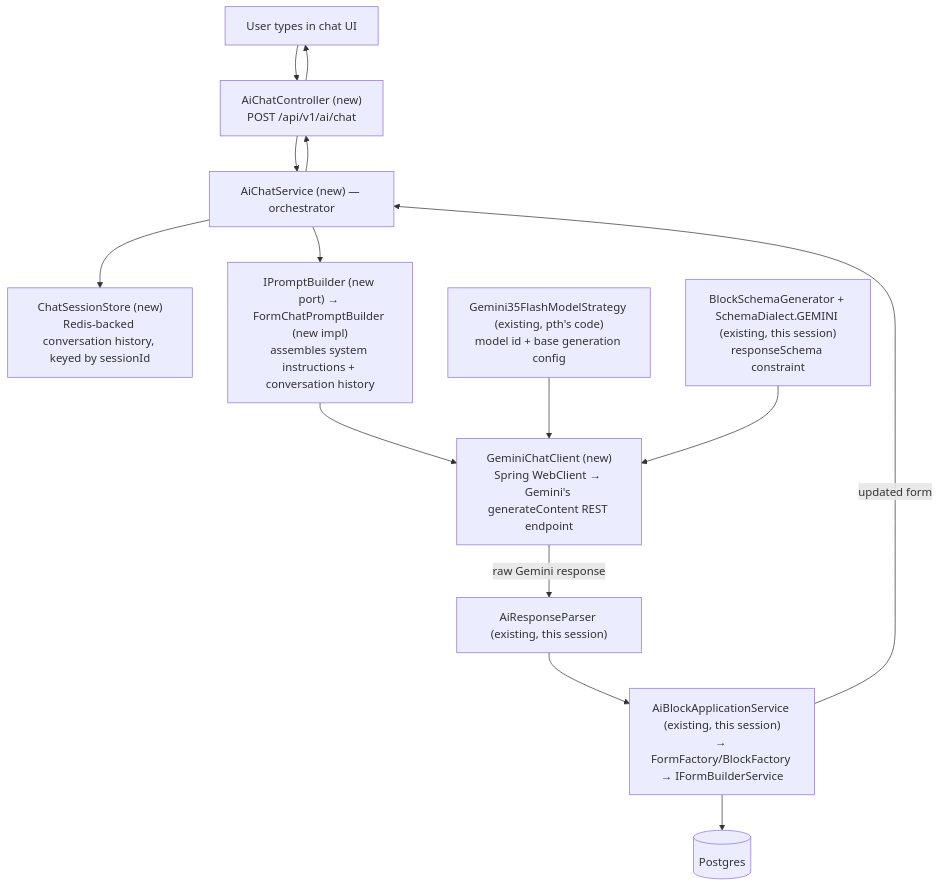
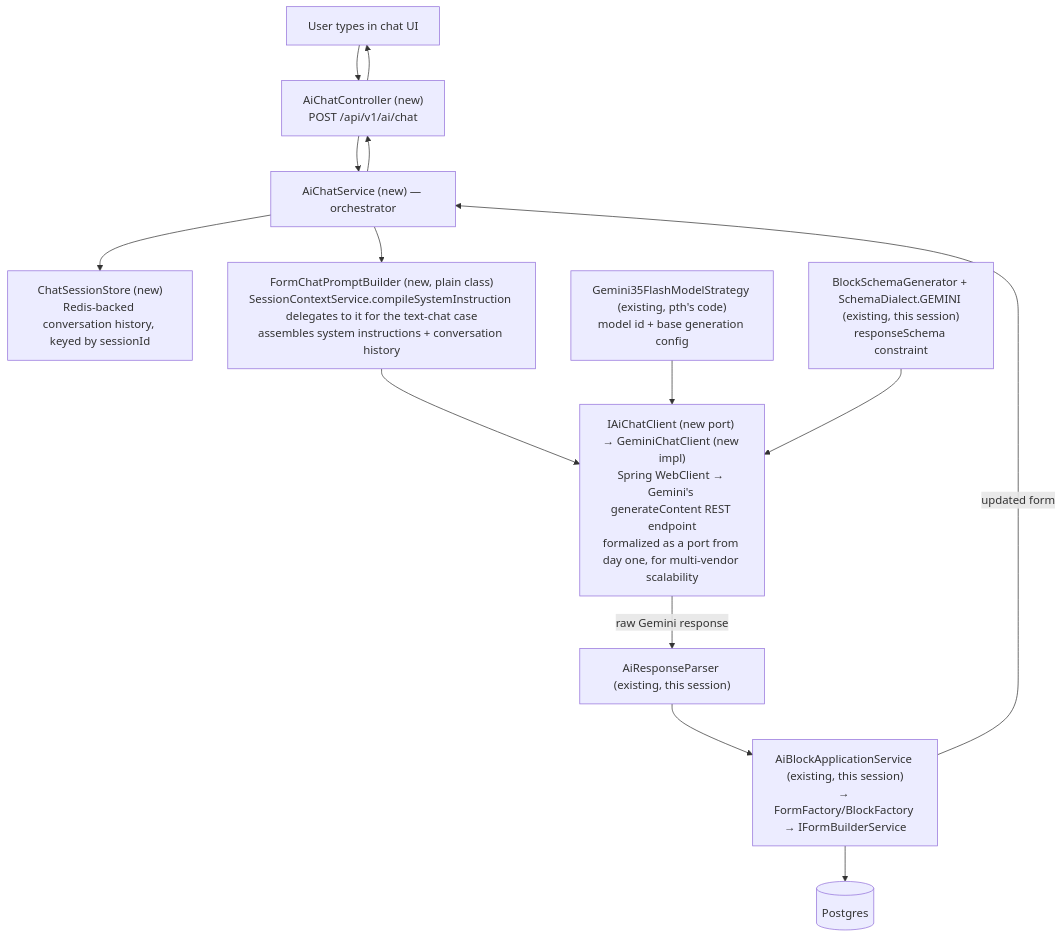
Before and after one commit to KiwisCodes/reForm-Web-App: the diagram in backend/knowledge/tdt/week3/mode2-chatbot-plan.md, drawn with Mermaid. The commit also changed other lines of this file and 26 other files, not shown here.

Commit message:
Build Mode 2 chat pipeline: session storage, prompt builder, Gemini client, AiChatService

````diff
--- a/backend/knowledge/tdt/week3/mode2-chatbot-plan.md
+++ b/backend/knowledge/tdt/week3/mode2-chatbot-plan.md
@@ -14,23 +18,23 @@
 ```mermaid
 flowchart TD
     U["User types in chat UI"]
     CTRL["AiChatController (new)<br/>POST /api/v1/ai/chat"]
     ORCH["AiChatService (new) — orchestrator"]
     SESS["ChatSessionStore (new)<br/>Redis-backed conversation history, keyed by sessionId"]
-    PB["IPromptBuilder (new port) → FormChatPromptBuilder (new impl)<br/>assembles system instructions + conversation history"]
+    PB["FormChatPromptBuilder (new, plain class)<br/>SessionContextService.compileSystemInstruction delegates to it for the text-chat case<br/>assembles system instructions + conversation history"]
     STRAT["Gemini35FlashModelStrategy (existing, pth's code)<br/>model id + base generation config"]
     SCHEMA["BlockSchemaGenerator + SchemaDialect.GEMINI (existing, this session)<br/>responseSchema constraint"]
-    CLIENT["GeminiChatClient (new)<br/>Spring WebClient → Gemini's generateContent REST endpoint"]
+    CLIENT["IAiChatClient (new port) → GeminiChatClient (new impl)<br/>Spring WebClient → Gemini's generateContent REST endpoint<br/>formalized as a port from day one, for multi-vendor scalability"]
     PARSE["AiResponseParser (existing, this session)"]
     APPLY["AiBlockApplicationService (existing, this session)<br/>→ FormFactory/BlockFactory → IFormBuilderService"]
     DB[("Postgres")]
 
     U --> CTRL --> ORCH
     ORCH --> SESS
     ORCH --> PB
     PB --> CLIENT
     STRAT --> CLIENT
     SCHEMA --> CLIENT
     CLIENT -->|raw Gemini response| PARSE --> APPLY --> DB
     APPLY -->|updated form| ORCH --> CTRL --> U
 ```
````
